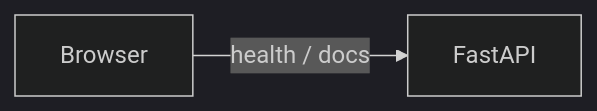
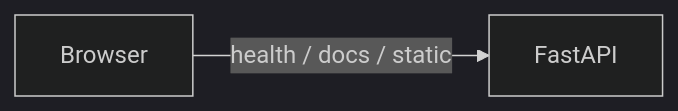
The third of 7 diagrams in content/2026-07-20-pycon-fastapi-celery/index.md (DSeung001/presentation-md), drawn with Mermaid (dark theme) before and after one commit. The commit also changed other lines of this file and 2 other files, not shown here.

Commit message:
fix: 다이어그램 수정 및 img css 수정

````diff
--- a/content/2026-07-20-pycon-fastapi-celery/index.md
+++ b/content/2026-07-20-pycon-fastapi-celery/index.md
@@ -288,6 +287,6 @@
 ```mermaid
 flowchart LR
     Browser["Browser"]
     FastAPI["FastAPI"]
-    Browser -->|"health / docs"| FastAPI
+    Browser -->|"health / docs / static"| FastAPI
 ```
````
